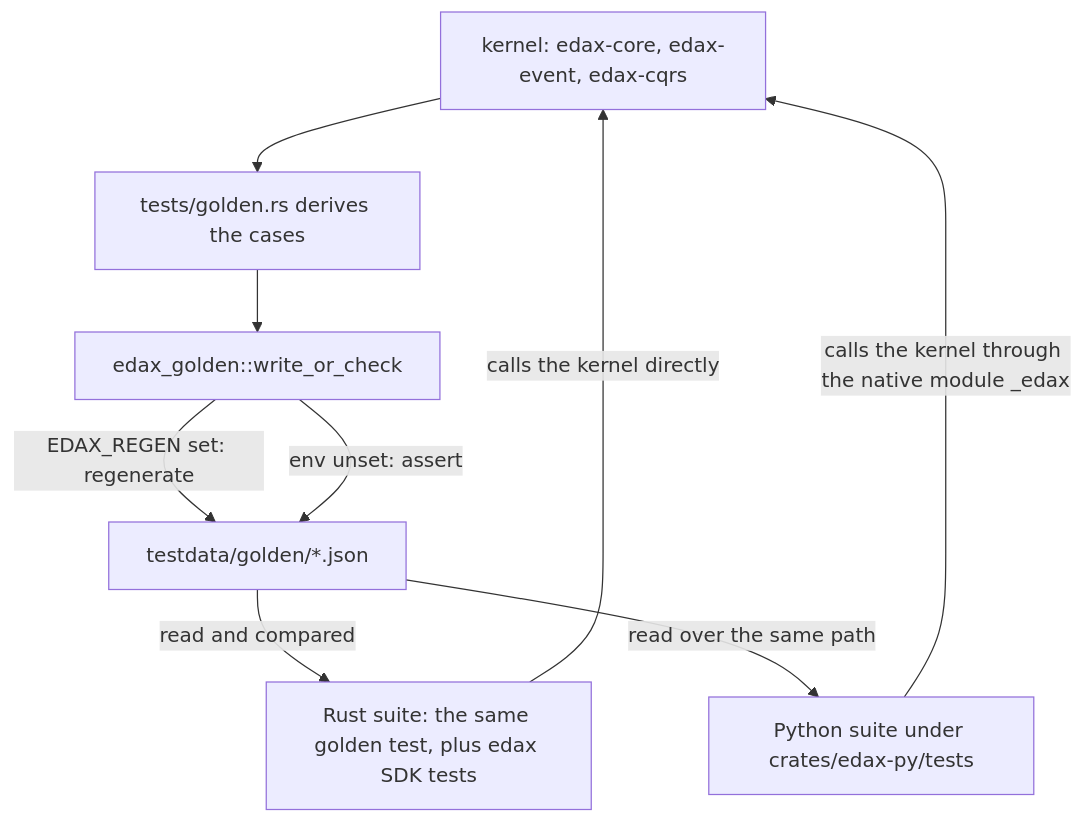
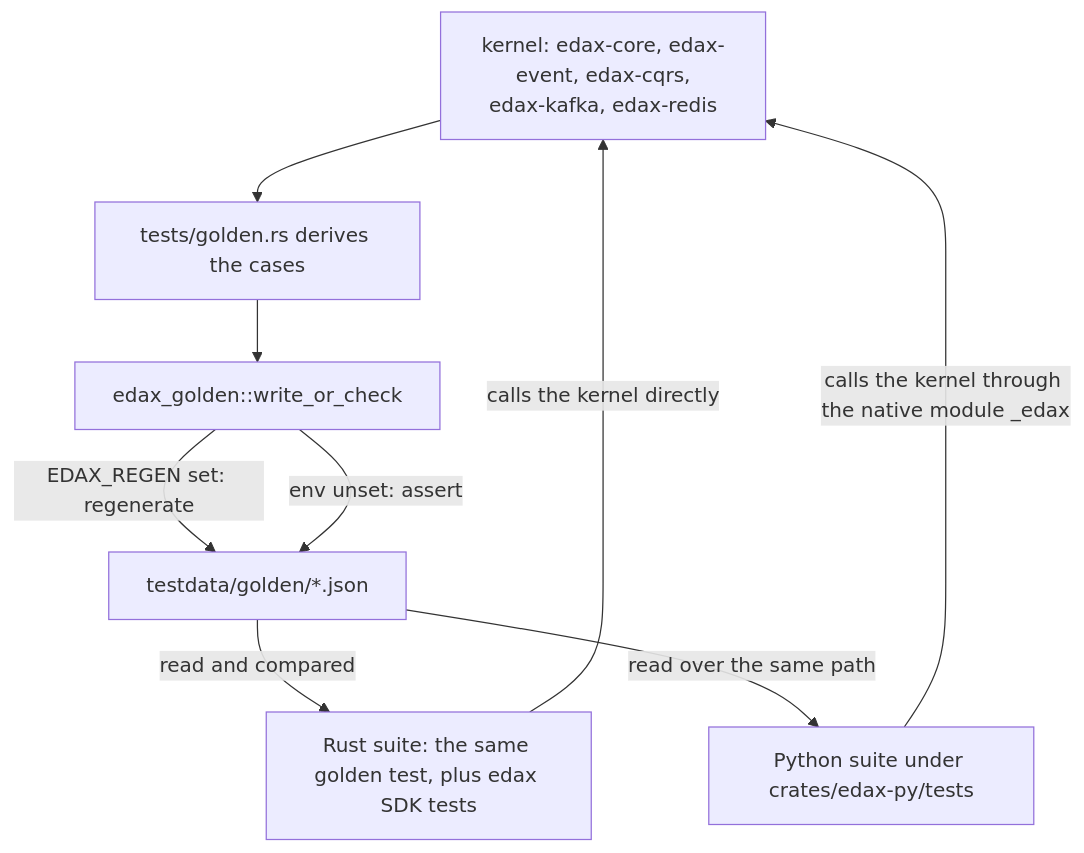
The first of 2 diagrams in docs/kernels/golden-vectors.md (haskian/edax), drawn with Mermaid before and after one commit. The commit also changed other lines of this file and 15 other files, not shown here.

First line of the commit message:
docs: per-tech kernel crates, Kafka headers, serializer registry, record middleware

````diff
--- a/docs/kernels/golden-vectors.md
+++ b/docs/kernels/golden-vectors.md
@@ -18,11 +18,11 @@
 ```mermaid
 flowchart TB
-  K["kernel: edax-core, edax-event, edax-cqrs"] --> G["tests/golden.rs derives the cases"]
+  K["kernel: edax-core, edax-event, edax-cqrs,<br/>edax-kafka, edax-redis"] --> G["tests/golden.rs derives the cases"]
   G --> W["edax_golden::write_or_check"]
   W -->|"EDAX_REGEN set: regenerate"| F["testdata/golden/*.json"]
   W -->|"env unset: assert"| F
   F -->|"read and compared"| RS["Rust suite: the same golden test, plus edax SDK tests"]
   F -->|"read over the same path"| PS["Python suite under crates/edax-py/tests"]
   PS -->|"calls the kernel through the native module _edax"| K
   RS -->|"calls the kernel directly"| K
 ```
````
